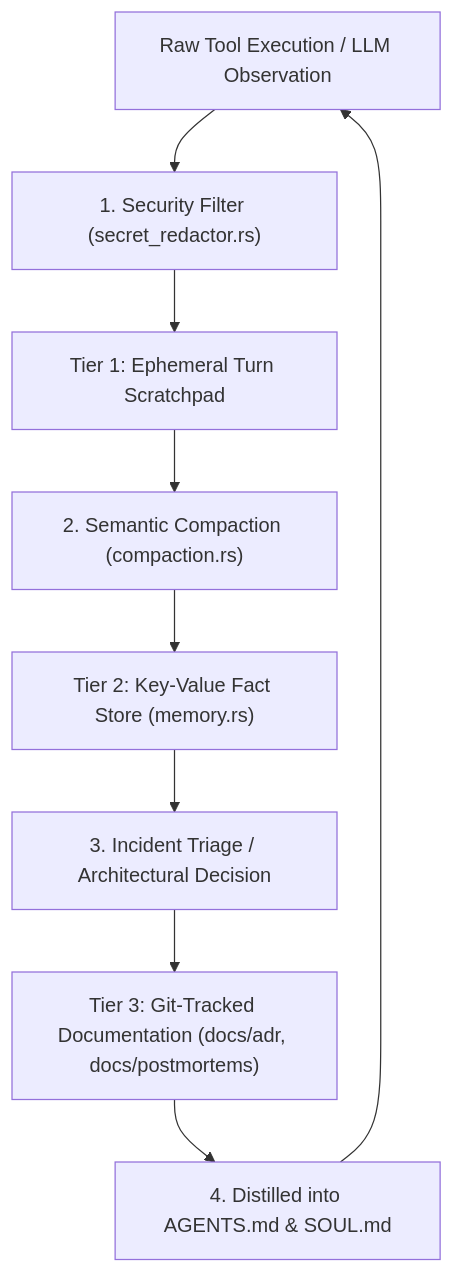
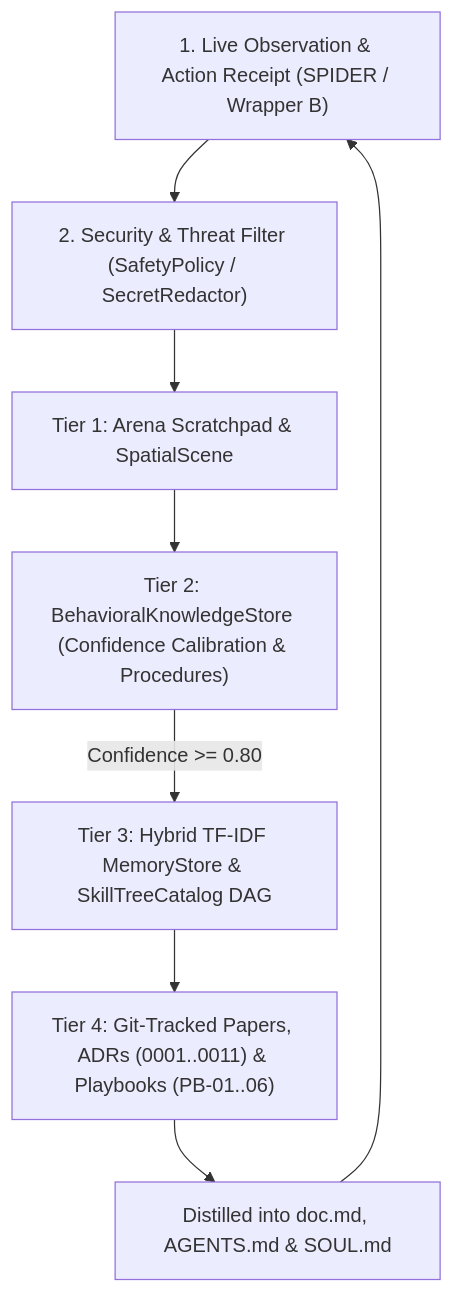
Before and after one commit to CardSorting/HEAV3NS-MICRO: the diagram in docs/kb/knowledge-handling-architecture.md, drawn with Mermaid. The commit also changed other lines of this file and 116 other files, not shown here.

````diff
--- a/docs/kb/knowledge-handling-architecture.md
+++ b/docs/kb/knowledge-handling-architecture.md
@@ -38,11 +41,10 @@
 ```mermaid
 flowchart TD
-  RAW["Raw Tool Execution / LLM Observation"] --> FILTER["1. Security Filter (secret_redactor.rs)"]
-  FILTER --> T1["Tier 1: Ephemeral Turn Scratchpad"]
-  T1 --> COMPACT["2. Semantic Compaction (compaction.rs)"]
-  COMPACT --> T2["Tier 2: Key-Value Fact Store (memory.rs)"]
-  T2 --> SRE["3. Incident Triage / Architectural Decision"]
-  SRE --> T3["Tier 3: Git-Tracked Documentation (docs/adr, docs/postmortems)"]
-  T3 --> AGENTS["4. Distilled into AGENTS.md & SOUL.md"]
+  RAW["1. Live Observation & Action Receipt (SPIDER / Wrapper B)"] --> FILTER["2. Security & Threat Filter (SafetyPolicy / SecretRedactor)"]
+  FILTER --> T1["Tier 1: Arena Scratchpad & SpatialScene"]
+  T1 --> T2["Tier 2: BehavioralKnowledgeStore (Confidence Calibration & Procedures)"]
+  T2 -->|"Confidence >= 0.80"| T3["Tier 3: Hybrid TF-IDF MemoryStore & SkillTreeCatalog DAG"]
+  T3 --> T4["Tier 4: Git-Tracked Papers, ADRs (0001..0011) & Playbooks (PB-01..06)"]
+  T4 --> AGENTS["Distilled into doc.md, AGENTS.md & SOUL.md"]
   AGENTS --> RAW
 ```
````
